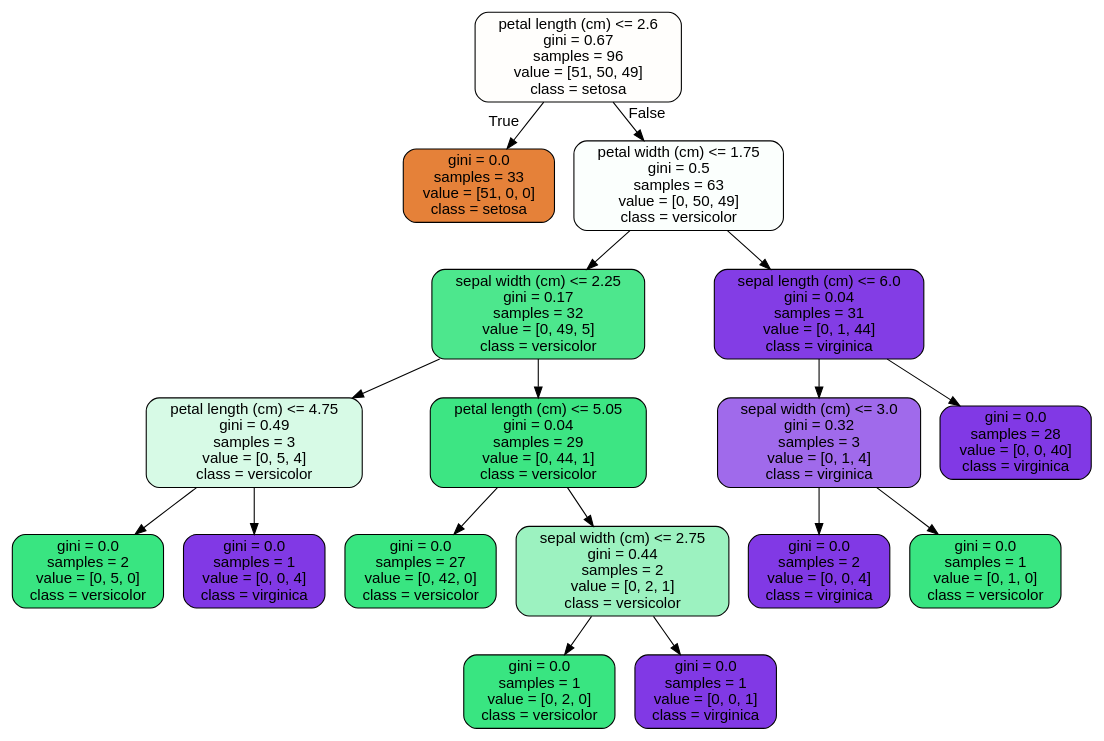
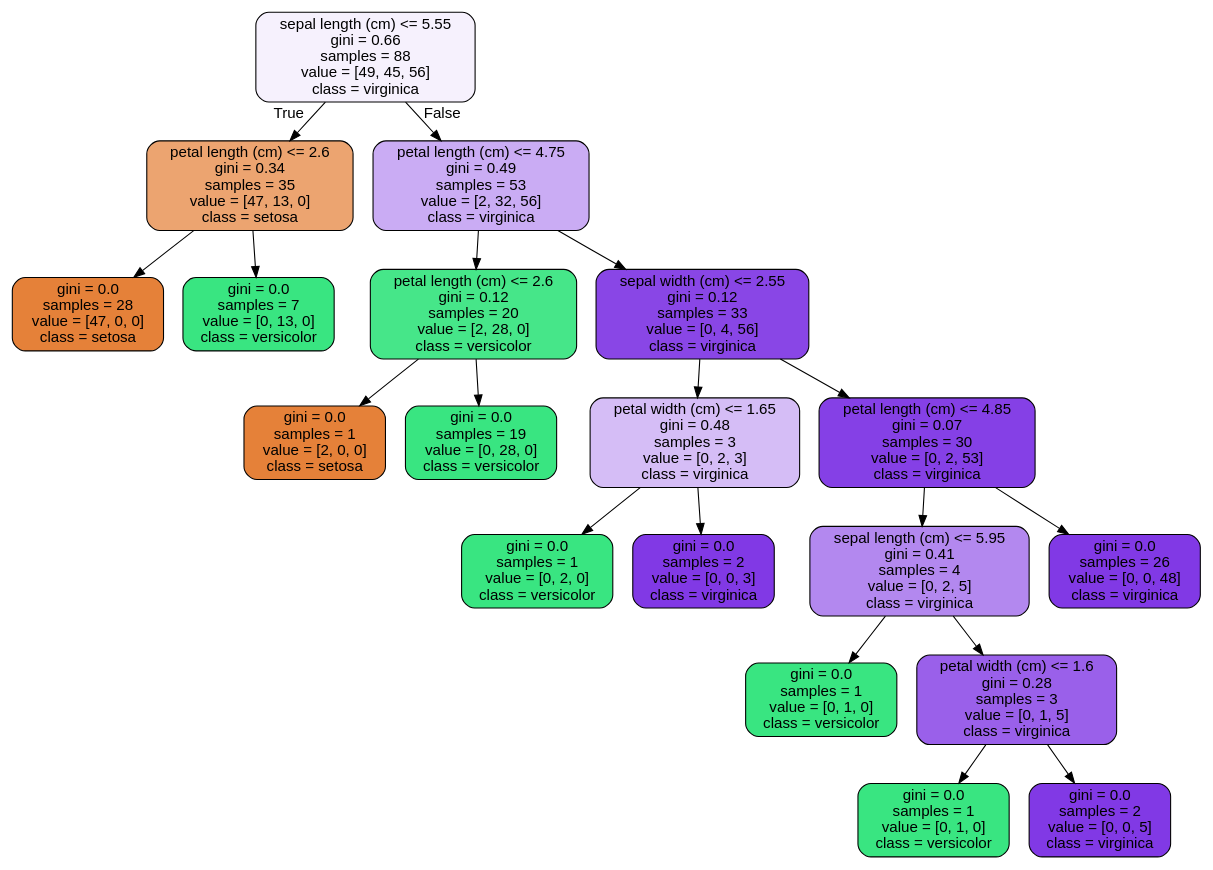
Before and after one commit to anhmt90/data-mining-cup: the diagram in models/tree.dot, drawn with Graphviz. The commit also changed 35 other files, not shown here.

```diff
--- a/models/tree.dot
+++ b/models/tree.dot
@@ -1,37 +1,41 @@
 digraph Tree {
 node [shape=box, style="filled, rounded", color="black", fontname=helvetica] ;
 edge [fontname=helvetica] ;
-0 [label="petal length (cm) <= 2.6\ngini = 0.67\nsamples = 96\nvalue = [51, 50, 49]\nclass = setosa", fillcolor="#e5813903"] ;
-1 [label="gini = 0.0\nsamples = 33\nvalue = [51, 0, 0]\nclass = setosa", fillcolor="#e58139ff"] ;
+0 [label="sepal length (cm) <= 5.55\ngini = 0.66\nsamples = 88\nvalue = [49, 45, 56]\nclass = virginica", fillcolor="#8139e512"] ;
+1 [label="petal length (cm) <= 2.6\ngini = 0.34\nsamples = 35\nvalue = [47, 13, 0]\nclass = setosa", fillcolor="#e58139b8"] ;
 0 -> 1 [labeldistance=2.5, labelangle=45, headlabel="True"] ;
-2 [label="petal width (cm) <= 1.75\ngini = 0.5\nsamples = 63\nvalue = [0, 50, 49]\nclass = versicolor", fillcolor="#39e58105"] ;
-0 -> 2 [labeldistance=2.5, labelangle=-45, headlabel="False"] ;
-3 [label="sepal width (cm) <= 2.25\ngini = 0.17\nsamples = 32\nvalue = [0, 49, 5]\nclass = versicolor", fillcolor="#39e581e5"] ;
-2 -> 3 ;
-4 [label="petal length (cm) <= 4.75\ngini = 0.49\nsamples = 3\nvalue = [0, 5, 4]\nclass = versicolor", fillcolor="#39e58133"] ;
-3 -> 4 ;
-5 [label="gini = 0.0\nsamples = 2\nvalue = [0, 5, 0]\nclass = versicolor", fillcolor="#39e581ff"] ;
+2 [label="gini = 0.0\nsamples = 28\nvalue = [47, 0, 0]\nclass = setosa", fillcolor="#e58139ff"] ;
+1 -> 2 ;
+3 [label="gini = 0.0\nsamples = 7\nvalue = [0, 13, 0]\nclass = versicolor", fillcolor="#39e581ff"] ;
+1 -> 3 ;
+4 [label="petal length (cm) <= 4.75\ngini = 0.49\nsamples = 53\nvalue = [2, 32, 56]\nclass = virginica", fillcolor="#8139e56a"] ;
+0 -> 4 [labeldistance=2.5, labelangle=-45, headlabel="False"] ;
+5 [label="petal length (cm) <= 2.6\ngini = 0.12\nsamples = 20\nvalue = [2, 28, 0]\nclass = versicolor", fillcolor="#39e581ed"] ;
 4 -> 5 ;
-6 [label="gini = 0.0\nsamples = 1\nvalue = [0, 0, 4]\nclass = virginica", fillcolor="#8139e5ff"] ;
-4 -> 6 ;
-7 [label="petal length (cm) <= 5.05\ngini = 0.04\nsamples = 29\nvalue = [0, 44, 1]\nclass = versicolor", fillcolor="#39e581f9"] ;
-3 -> 7 ;
-8 [label="gini = 0.0\nsamples = 27\nvalue = [0, 42, 0]\nclass = versicolor", fillcolor="#39e581ff"] ;
-7 -> 8 ;
-9 [label="sepal width (cm) <= 2.75\ngini = 0.44\nsamples = 2\nvalue = [0, 2, 1]\nclass = versicolor", fillcolor="#39e5817f"] ;
-7 -> 9 ;
+6 [label="gini = 0.0\nsamples = 1\nvalue = [2, 0, 0]\nclass = setosa", fillcolor="#e58139ff"] ;
+5 -> 6 ;
+7 [label="gini = 0.0\nsamples = 19\nvalue = [0, 28, 0]\nclass = versicolor", fillcolor="#39e581ff"] ;
+5 -> 7 ;
+8 [label="sepal width (cm) <= 2.55\ngini = 0.12\nsamples = 33\nvalue = [0, 4, 56]\nclass = virginica", fillcolor="#8139e5ed"] ;
+4 -> 8 ;
+9 [label="petal width (cm) <= 1.65\ngini = 0.48\nsamples = 3\nvalue = [0, 2, 3]\nclass = virginica", fillcolor="#8139e555"] ;
+8 -> 9 ;
 10 [label="gini = 0.0\nsamples = 1\nvalue = [0, 2, 0]\nclass = versicolor", fillcolor="#39e581ff"] ;
 9 -> 10 ;
-11 [label="gini = 0.0\nsamples = 1\nvalue = [0, 0, 1]\nclass = virginica", fillcolor="#8139e5ff"] ;
+11 [label="gini = 0.0\nsamples = 2\nvalue = [0, 0, 3]\nclass = virginica", fillcolor="#8139e5ff"] ;
 9 -> 11 ;
-12 [label="sepal length (cm) <= 6.0\ngini = 0.04\nsamples = 31\nvalue = [0, 1, 44]\nclass = virginica", fillcolor="#8139e5f9"] ;
-2 -> 12 ;
-13 [label="sepal width (cm) <= 3.0\ngini = 0.32\nsamples = 3\nvalue = [0, 1, 4]\nclass = virginica", fillcolor="#8139e5bf"] ;
+12 [label="petal length (cm) <= 4.85\ngini = 0.07\nsamples = 30\nvalue = [0, 2, 53]\nclass = virginica", fillcolor="#8139e5f5"] ;
+8 -> 12 ;
+13 [label="sepal length (cm) <= 5.95\ngini = 0.41\nsamples = 4\nvalue = [0, 2, 5]\nclass = virginica", fillcolor="#8139e599"] ;
 12 -> 13 ;
-14 [label="gini = 0.0\nsamples = 2\nvalue = [0, 0, 4]\nclass = virginica", fillcolor="#8139e5ff"] ;
+14 [label="gini = 0.0\nsamples = 1\nvalue = [0, 1, 0]\nclass = versicolor", fillcolor="#39e581ff"] ;
 13 -> 14 ;
-15 [label="gini = 0.0\nsamples = 1\nvalue = [0, 1, 0]\nclass = versicolor", fillcolor="#39e581ff"] ;
+15 [label="petal width (cm) <= 1.6\ngini = 0.28\nsamples = 3\nvalue = [0, 1, 5]\nclass = virginica", fillcolor="#8139e5cc"] ;
 13 -> 15 ;
-16 [label="gini = 0.0\nsamples = 28\nvalue = [0, 0, 40]\nclass = virginica", fillcolor="#8139e5ff"] ;
-12 -> 16 ;
+16 [label="gini = 0.0\nsamples = 1\nvalue = [0, 1, 0]\nclass = versicolor", fillcolor="#39e581ff"] ;
+15 -> 16 ;
+17 [label="gini = 0.0\nsamples = 2\nvalue = [0, 0, 5]\nclass = virginica", fillcolor="#8139e5ff"] ;
+15 -> 17 ;
+18 [label="gini = 0.0\nsamples = 26\nvalue = [0, 0, 48]\nclass = virginica", fillcolor="#8139e5ff"] ;
+12 -> 18 ;
 }
```
